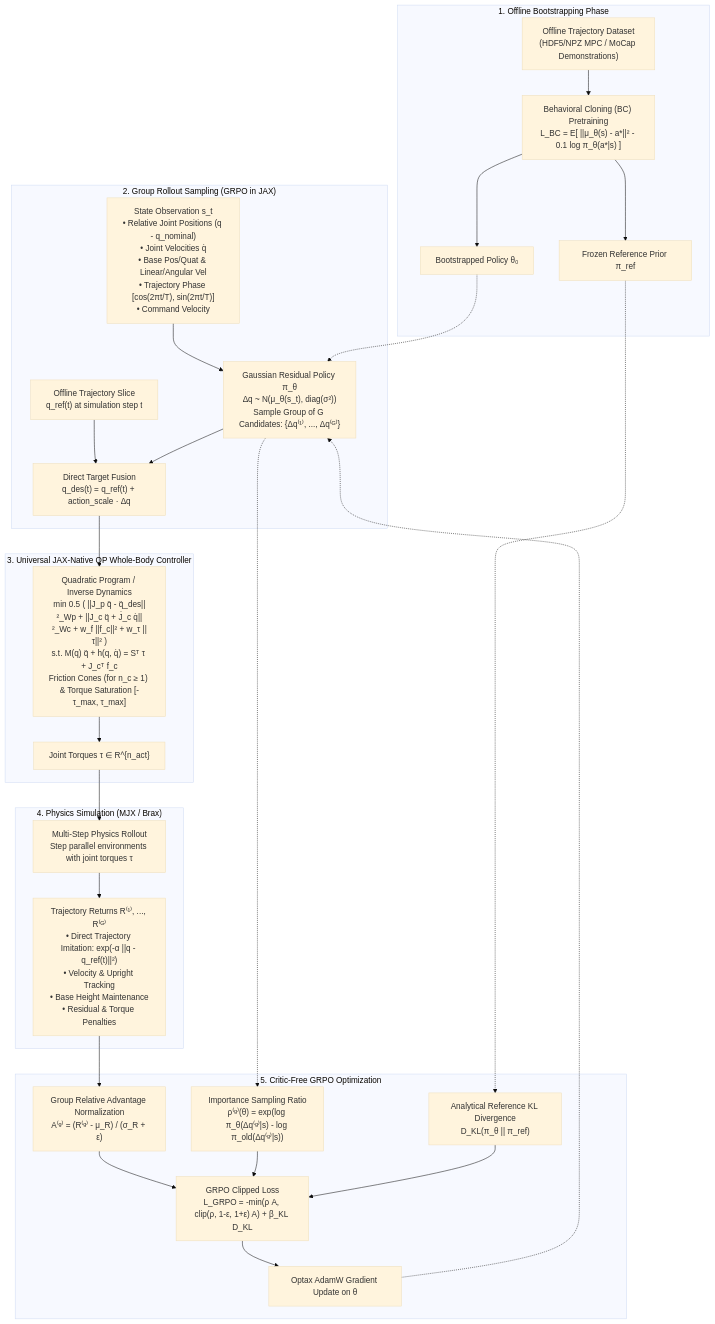
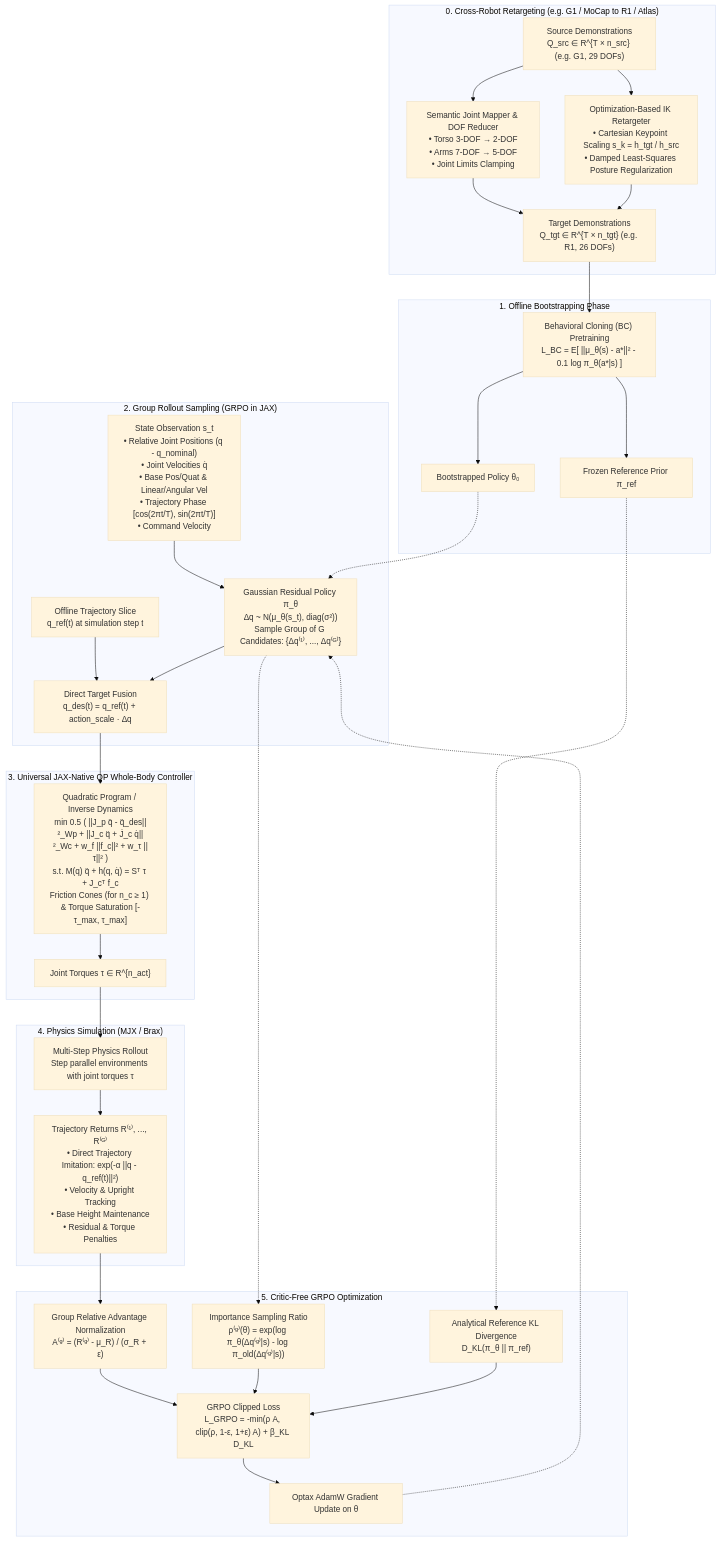
One commit to nicholaspalomo/wb_humanoid_mpc changed the diagram in humanoid_learning/README.md. Above: the diagram before and after it, drawn with Mermaid (base theme). The commit also changed other lines of this file and 12 other files, not shown here.

Commit message:
wip - humanoid cross-embodiment retargeting

````diff
--- a/humanoid_learning/README.md
+++ b/humanoid_learning/README.md
@@ -45,51 +47,59 @@
 ```mermaid
 flowchart TD
+    subgraph Retargeting ["0. Cross-Robot Retargeting (e.g. G1 / MoCap to R1 / Atlas)"]
+        SRC_DATA["Source Demonstrations<br/>Q_src ∈ R^{T × n_src} (e.g. G1, 29 DOFs)"]
+        MAPPER["Semantic Joint Mapper & DOF Reducer<br/>• Torso 3-DOF → 2-DOF<br/>• Arms 7-DOF → 5-DOF<br/>• Joint Limits Clamping"]
+        IK_OPT["Optimization-Based IK Retargeter<br/>• Cartesian Keypoint Scaling s_k = h_tgt / h_src<br/>• Damped Least-Squares Posture Regularization"]
+        TGT_DATA["Target Demonstrations<br/>Q_tgt ∈ R^{T × n_tgt} (e.g. R1, 26 DOFs)"]
+        SRC_DATA --> MAPPER --> TGT_DATA
+        SRC_DATA --> IK_OPT --> TGT_DATA
+    end
+
     subgraph OfflinePhase ["1. Offline Bootstrapping Phase"]
-        DEMO["Offline Trajectory Dataset<br/>(HDF5/NPZ MPC / MoCap Demonstrations)"]
         BC["Behavioral Cloning (BC) Pretraining<br/>L_BC = E[ ||μ_θ(s) - a*||² - 0.1 log π_θ(a*|s) ]"]
         INIT_P["Bootstrapped Policy θ₀"]
         REF_P["Frozen Reference Prior π_ref"]
-        DEMO --> BC
+        TGT_DATA --> BC
         BC --> INIT_P
         BC --> REF_P
     end
 
     subgraph OnlineSampling ["2. Group Rollout Sampling (GRPO in JAX)"]
         TRAJ["Offline Trajectory Slice<br/>q_ref(t) at simulation step t"]
         ST["State Observation s_t<br/>• Relative Joint Positions (q - q_nominal)<br/>• Joint Velocities q̇<br/>• Base Pos/Quat & Linear/Angular Vel<br/>• Trajectory Phase [cos(2πt/T), sin(2πt/T)]<br/>• Command Velocity"]
         POLICY["Gaussian Residual Policy π_θ<br/>Δq ~ N(μ_θ(s_t), diag(σ²))<br/>Sample Group of G Candidates: {Δq⁽¹⁾, ..., Δq⁽ᴳ⁾}"]
         FUSION["Direct Target Fusion<br/>q_des(t) = q_ref(t) + action_scale · Δq"]
         TRAJ --> FUSION
         ST --> POLICY --> FUSION
     end
 
     subgraph WBCSolver ["3. Universal JAX-Native QP Whole-Body Controller"]
         QP["Quadratic Program / Inverse Dynamics<br/>min 0.5 ( ||J_p q̈ - q̈_des||²_Wp + ||J_c q̈ + J̇_c q̇||²_Wc + w_f ||f_c||² + w_τ ||τ||² )<br/>s.t. M(q) q̈ + h(q, q̇) = Sᵀ τ + J_cᵀ f_c<br/>Friction Cones (for n_c ≥ 1) & Torque Saturation [-τ_max, τ_max]"]
         TAU["Joint Torques τ ∈ R^{n_act}"]
         FUSION --> QP --> TAU
     end
 
     subgraph PhysicsSim ["4. Physics Simulation (MJX / Brax)"]
         ENV["Multi-Step Physics Rollout<br/>Step parallel environments with joint torques τ"]
         RET["Trajectory Returns R⁽¹⁾, ..., R⁽ᴳ⁾<br/>• Direct Trajectory Imitation: exp(-α ||q - q_ref(t)||²)<br/>• Velocity & Upright Tracking<br/>• Base Height Maintenance<br/>• Residual & Torque Penalties"]
         TAU --> ENV --> RET
     end
 
     subgraph GRPOOpt ["5. Critic-Free GRPO Optimization"]
         ADV["Group Relative Advantage Normalization<br/>A⁽ᵍ⁾ = (R⁽ᵍ⁾ - μ_R) / (σ_R + ε)"]
         RATIO["Importance Sampling Ratio<br/>ρ⁽ᵍ⁾(θ) = exp(log π_θ(Δq⁽ᵍ⁾|s) - log π_old(Δq⁽ᵍ⁾|s))"]
         KL["Analytical Reference KL Divergence<br/>D_KL(π_θ || π_ref)"]
         LOSS["GRPO Clipped Loss<br/>L_GRPO = -min(ρ A, clip(ρ, 1-ε, 1+ε) A) + β_KL D_KL"]
         OPT["Optax AdamW Gradient Update on θ"]
 
         RET --> ADV
         POLICY -.-> RATIO
         INIT_P -.-> POLICY
         REF_P -.-> KL
         ADV --> LOSS
         RATIO --> LOSS
         KL --> LOSS
         LOSS --> OPT
         OPT -.-> POLICY
     end
 ```
````
